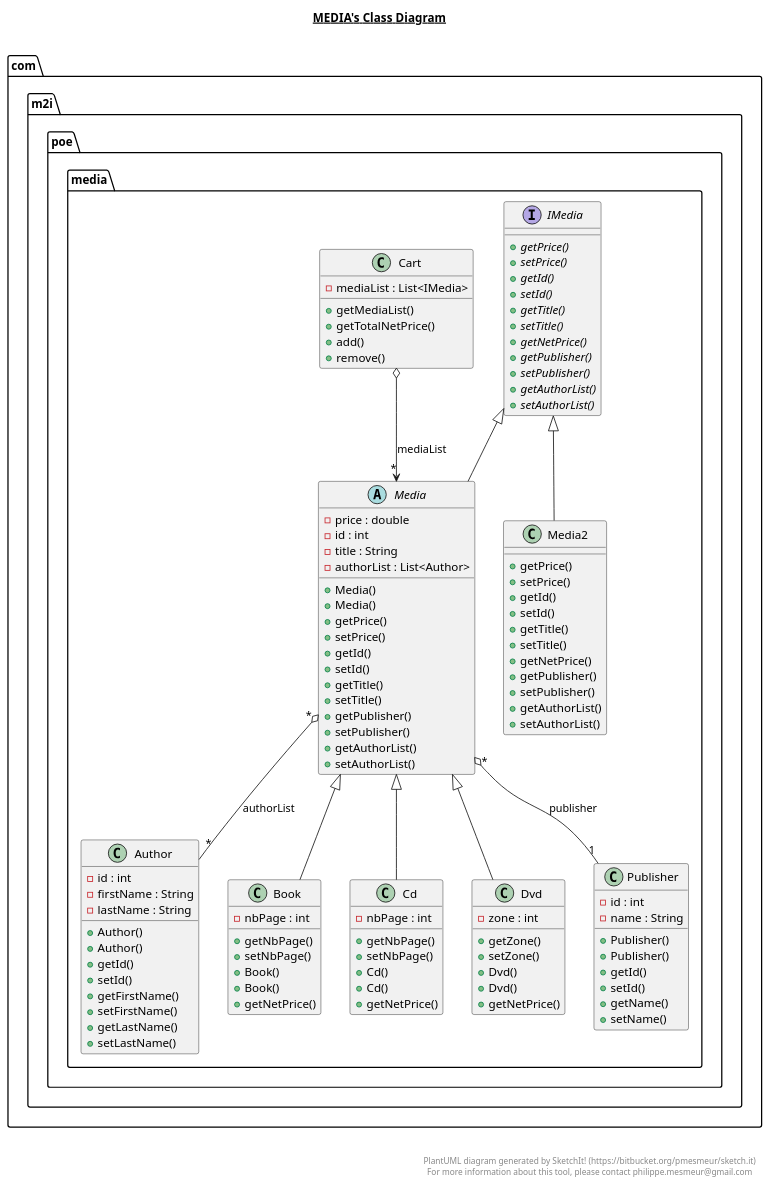
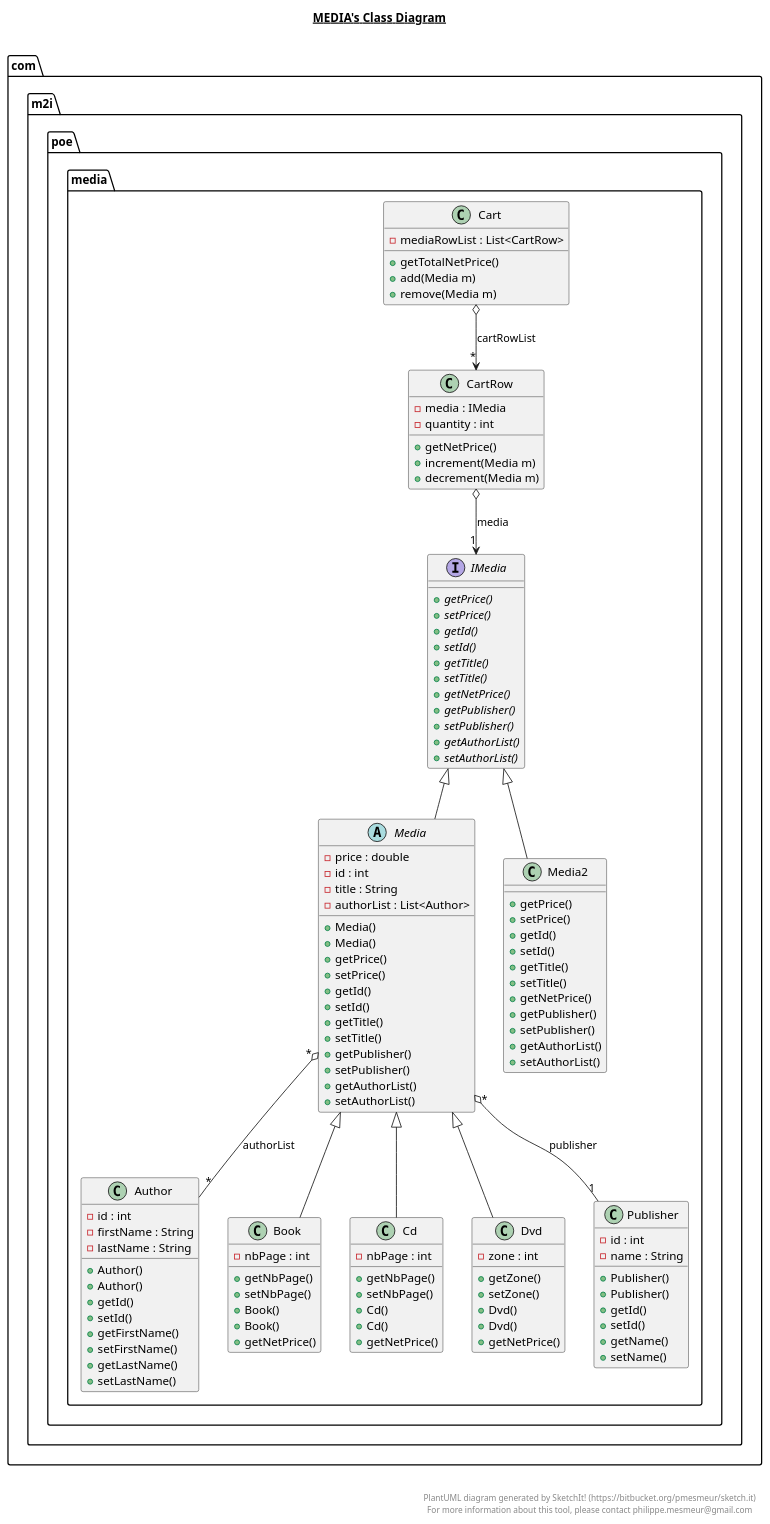
Before and after one commit to cyrilvincent/POE: the diagram in src/com/m2i/poe/media/media.plantuml, drawn with PlantUML.

Commit message:
CartRow todo

```diff
--- a/src/com/m2i/poe/media/media.plantuml
+++ b/src/com/m2i/poe/media/media.plantuml
@@ -1,175 +1,187 @@
 @startuml
 
 title __MEDIA's Class Diagram__\n
 
   package com.m2i.poe {
     package com.m2i.poe.media {
       class Author {
           - id : int
           - firstName : String
           - lastName : String
           + Author()
           + Author()
           + getId()
           + setId()
           + getFirstName()
           + setFirstName()
           + getLastName()
           + setLastName()
       }
     }
   }
   
 
   package com.m2i.poe {
     package com.m2i.poe.media {
       class Book {
           - nbPage : int
           + getNbPage()
           + setNbPage()
           + Book()
           + Book()
           + getNetPrice()
       }
     }
   }
   
 
   package com.m2i.poe {
     package com.m2i.poe.media {
       class Cart {
-          - mediaList : List<IMedia>
-          + getMediaList()
+          - mediaRowList : List<CartRow>
           + getTotalNetPrice()
-          + add()
-          + remove()
+          + add(Media m)
+          + remove(Media m)
       }
     }
   }
+
+  package com.m2i.poe {
+      package com.m2i.poe.media {
+        class CartRow {
+            - media : IMedia
+            - quantity : int
+            + getNetPrice()
+            + increment(Media m)
+            + decrement(Media m)
+        }
+      }
+    }
   
 
   package com.m2i.poe {
     package com.m2i.poe.media {
       class Cd {
           - nbPage : int
           + getNbPage()
           + setNbPage()
           + Cd()
           + Cd()
           + getNetPrice()
       }
     }
   }
   
 
   package com.m2i.poe {
     package com.m2i.poe.media {
       class Dvd {
           - zone : int
           + getZone()
           + setZone()
           + Dvd()
           + Dvd()
           + getNetPrice()
       }
     }
   }
   
 
   package com.m2i.poe {
     package com.m2i.poe.media {
       interface IMedia {
           {abstract} + getPrice()
           {abstract} + setPrice()
           {abstract} + getId()
           {abstract} + setId()
           {abstract} + getTitle()
           {abstract} + setTitle()
           {abstract} + getNetPrice()
           {abstract} + getPublisher()
           {abstract} + setPublisher()
           {abstract} + getAuthorList()
           {abstract} + setAuthorList()
       }
     }
   }
   
 
   package com.m2i.poe {
     package com.m2i.poe.media {
       abstract class Media {
           - price : double
           - id : int
           - title : String
           - authorList : List<Author>
           + Media()
           + Media()
           + getPrice()
           + setPrice()
           + getId()
           + setId()
           + getTitle()
           + setTitle()
           + getPublisher()
           + setPublisher()
           + getAuthorList()
           + setAuthorList()
       }
     }
   }
   
 
   package com.m2i.poe {
     package com.m2i.poe.media {
       class Media2 {
           + getPrice()
           + setPrice()
           + getId()
           + setId()
           + getTitle()
           + setTitle()
           + getNetPrice()
           + getPublisher()
           + setPublisher()
           + getAuthorList()
           + setAuthorList()
       }
     }
   }
   
 
 
   package com.m2i.poe {
     package com.m2i.poe.media {
       class Publisher {
           - id : int
           - name : String
           + Publisher()
           + Publisher()
           + getId()
           + setId()
           + getName()
           + setName()
       }
     }
   }
   
 
   Book -up-|> Media
   Cd -up-|> Media
   Dvd -up-|> Media
   Media -up-|> IMedia
   Media "*" o-- "1" Publisher : publisher
   Media "*" o-- "*" Author : authorList
-  Cart o--> "*" Media : mediaList
+  Cart o--> "*" CartRow : cartRowList
+  CartRow o--> "1" IMedia : media
   Media2 -up-|> IMedia
 
 
 right footer
 
 
 PlantUML diagram generated by SketchIt! (https://bitbucket.org/pmesmeur/sketch.it)
 For more information about this tool, please contact philippe.mesmeur@gmail.com
 endfooter
 
 @enduml
```
